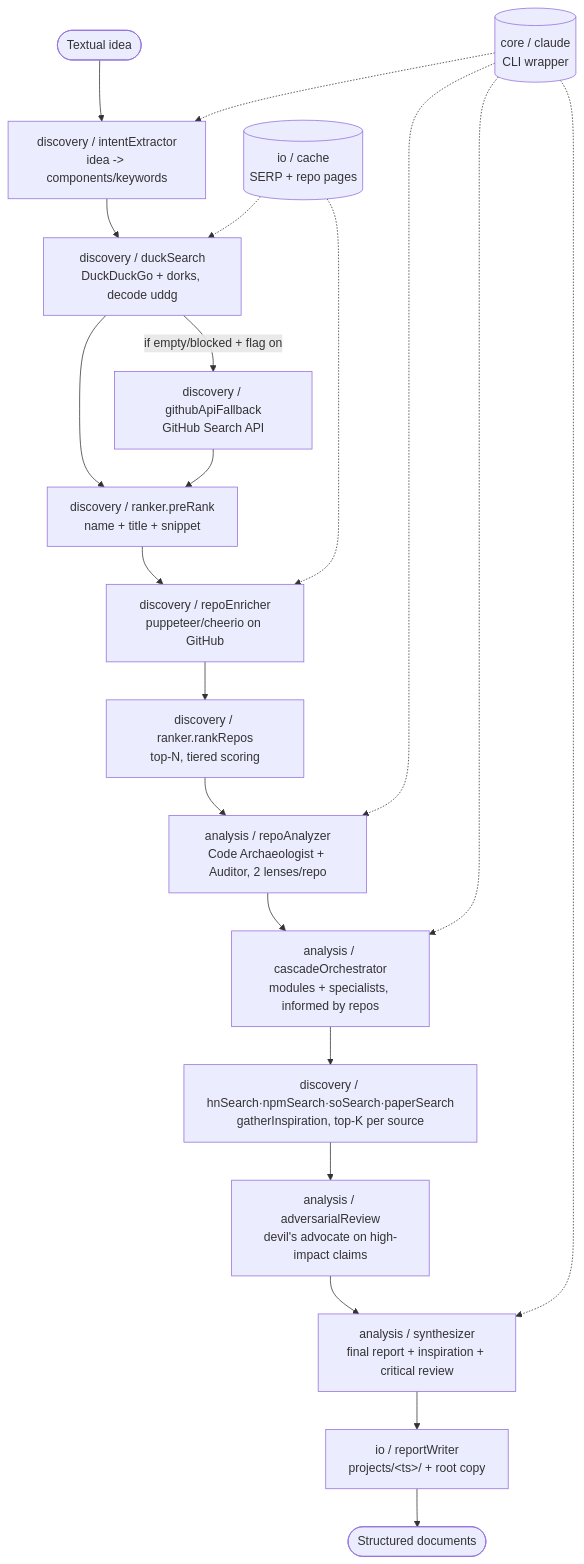
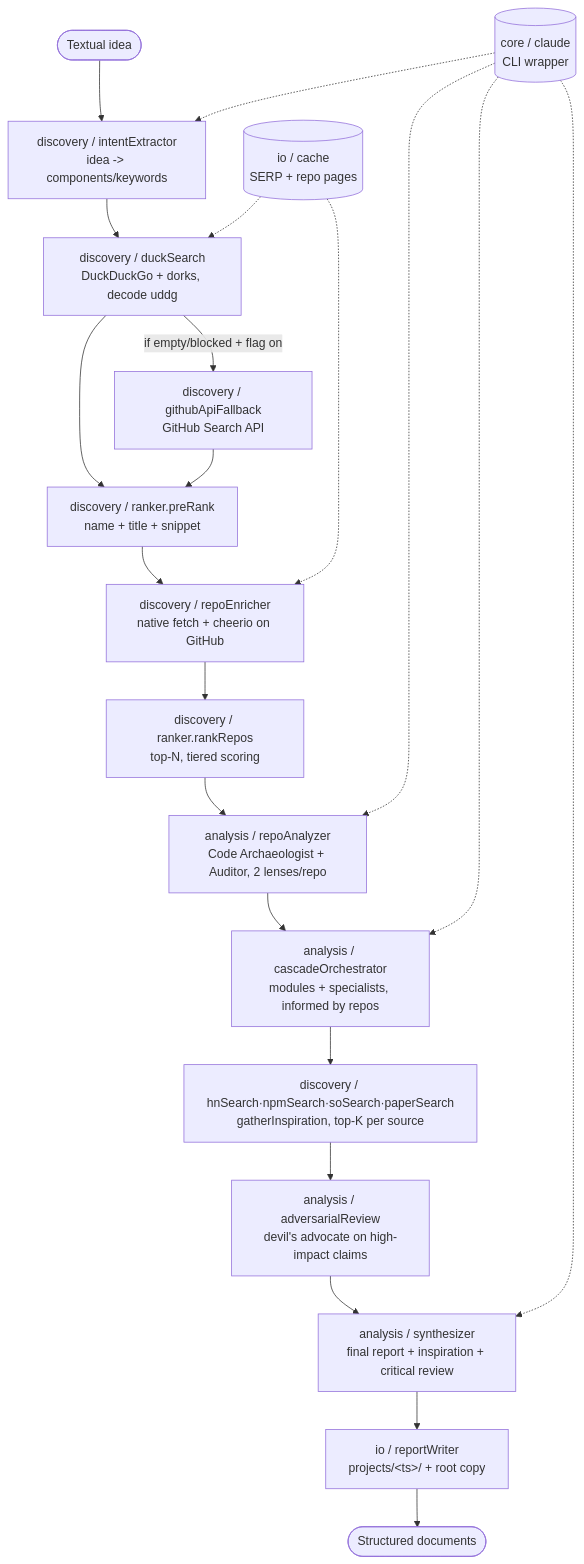
One commit to G10DC/git-researcher changed the first of 2 diagrams in docs/ARCHITECTURE.md. Above: the diagram before and after it, drawn with Mermaid. The commit also changed other lines of this file and 7 other files, not shown here.

````diff
--- a/docs/ARCHITECTURE.md
+++ b/docs/ARCHITECTURE.md
@@ -9,24 +9,24 @@
 ```mermaid
 flowchart TD
     Idea([Textual idea]) --> INTENT[discovery / intentExtractor<br/>idea -> components/keywords]
     INTENT --> SEARCH[discovery / duckSearch<br/>DuckDuckGo + dorks, decode uddg]
     SEARCH -->|if empty/blocked + flag on| FALLBACK[discovery / githubApiFallback<br/>GitHub Search API]
     SEARCH --> PRERANK[discovery / ranker.preRank<br/>name + title + snippet]
     FALLBACK --> PRERANK
-    PRERANK --> ENRICH[discovery / repoEnricher<br/>puppeteer/cheerio on GitHub]
+    PRERANK --> ENRICH[discovery / repoEnricher<br/>native fetch + cheerio on GitHub]
     ENRICH --> RANK[discovery / ranker.rankRepos<br/>top-N, tiered scoring]
     RANK --> ANALYZE[analysis / repoAnalyzer<br/>Code Archaeologist + Auditor, 2 lenses/repo]
     ANALYZE --> CASCADE[analysis / cascadeOrchestrator<br/>modules + specialists, informed by repos]
     CASCADE --> INSPIRATION[discovery / hnSearch·npmSearch·soSearch·paperSearch<br/>gatherInspiration, top-K per source]
     INSPIRATION --> REVIEW[analysis / adversarialReview<br/>devil's advocate on high-impact claims]
     REVIEW --> SYNTH[analysis / synthesizer<br/>final report + inspiration + critical review]
     SYNTH --> WRITE[io / reportWriter<br/>projects/&lt;ts&gt;/ + root copy]
     WRITE --> Docs([Structured documents])
 
     CACHE[(io / cache<br/>SERP + repo pages)] -.-> SEARCH
     CACHE -.-> ENRICH
     CLAUDE[(core / claude<br/>CLI wrapper)] -.-> INTENT
     CLAUDE -.-> ANALYZE
     CLAUDE -.-> CASCADE
     CLAUDE -.-> SYNTH
 ```
````
